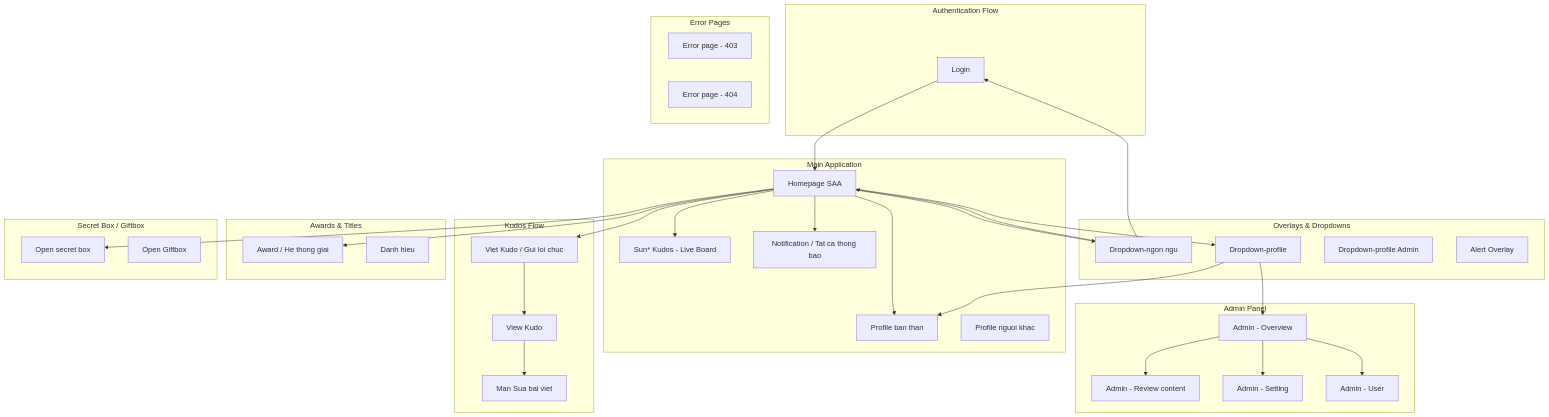
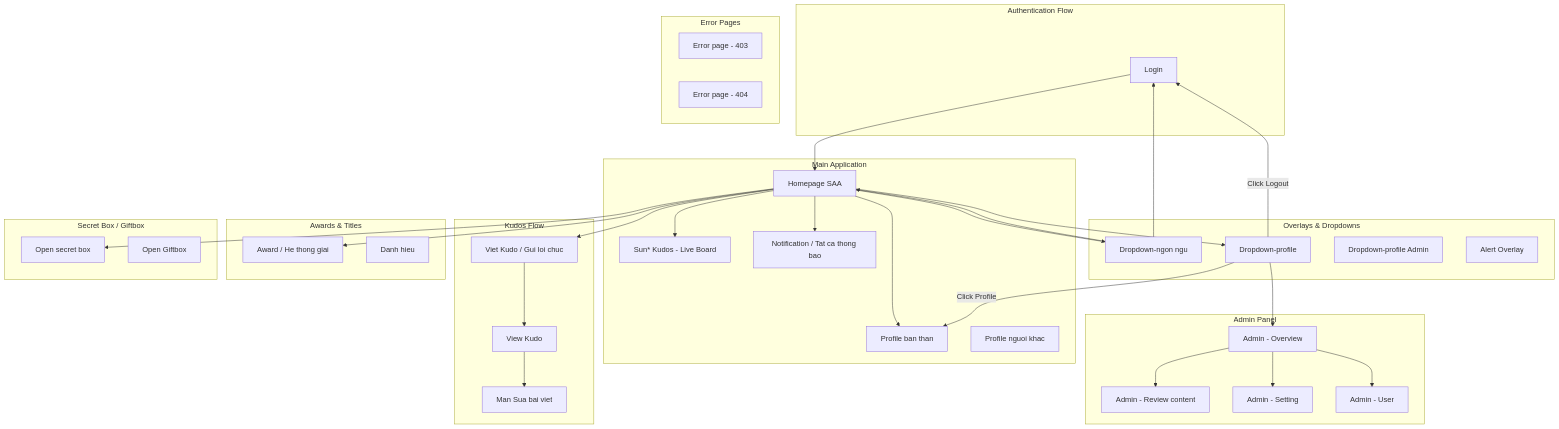
One commit to hungnn-2617/agentic-coding-hands-on changed the first of 2 diagrams in .momorph/contexts/SCREENFLOW.md. Above: the diagram before and after it, drawn with Mermaid. The commit also changed other lines of this file and 15 other files, not shown here.

Commit message:
feat(04): dropdown profile

````diff
--- a/.momorph/contexts/SCREENFLOW.md
+++ b/.momorph/contexts/SCREENFLOW.md
@@ -172,68 +172,69 @@
 ```mermaid
 flowchart TD
     subgraph Auth["Authentication Flow"]
         Login[Login]
     end
 
     subgraph Main["Main Application"]
         HomepageSAA[Homepage SAA]
         SunKudosLiveBoard[Sun* Kudos - Live Board]
         ProfileSelf[Profile ban than]
         ProfileOther[Profile nguoi khac]
         Notification[Notification / Tat ca thong bao]
     end
 
     subgraph Overlays["Overlays & Dropdowns"]
         DropdownLanguage[Dropdown-ngon ngu]
-        DropdownProfile[Dropdown-profile]
+        DropdownProfile[Dropdown-profile]:::discovered
         DropdownProfileAdmin[Dropdown-profile Admin]
         AlertOverlay[Alert Overlay]
     end
 
     subgraph Kudos["Kudos Flow"]
         WriteKudo[Viet Kudo / Gui loi chuc]
         ViewKudo[View Kudo]
         EditKudo[Man Sua bai viet]
     end
 
     subgraph Admin["Admin Panel"]
         AdminOverview[Admin - Overview]
         AdminReview[Admin - Review content]
         AdminSetting[Admin - Setting]
         AdminUser[Admin - User]
     end
 
     subgraph Awards["Awards & Titles"]
         Award[Award / He thong giai]
         Titles[Danh hieu]
     end
 
     subgraph SecretBox["Secret Box / Giftbox"]
         OpenSecretBox[Open secret box]
         OpenGiftbox[Open Giftbox]
     end
 
     subgraph ErrorPages["Error Pages"]
         Error403[Error page - 403]
         Error404[Error page - 404]
     end
 
     Login --> HomepageSAA
     HomepageSAA --> DropdownLanguage
     HomepageSAA --> DropdownProfile
     HomepageSAA --> WriteKudo
     HomepageSAA --> SunKudosLiveBoard
     HomepageSAA --> Notification
     HomepageSAA --> ProfileSelf
     HomepageSAA --> Award
     HomepageSAA --> OpenSecretBox
     DropdownLanguage --> HomepageSAA
     DropdownLanguage --> Login
-    DropdownProfile --> ProfileSelf
+    DropdownProfile -->|"Click Profile"| ProfileSelf
+    DropdownProfile -->|"Click Logout"| Login
     DropdownProfile --> AdminOverview
     WriteKudo --> ViewKudo
     ViewKudo --> EditKudo
     AdminOverview --> AdminReview
     AdminOverview --> AdminSetting
     AdminOverview --> AdminUser
 ```
````
